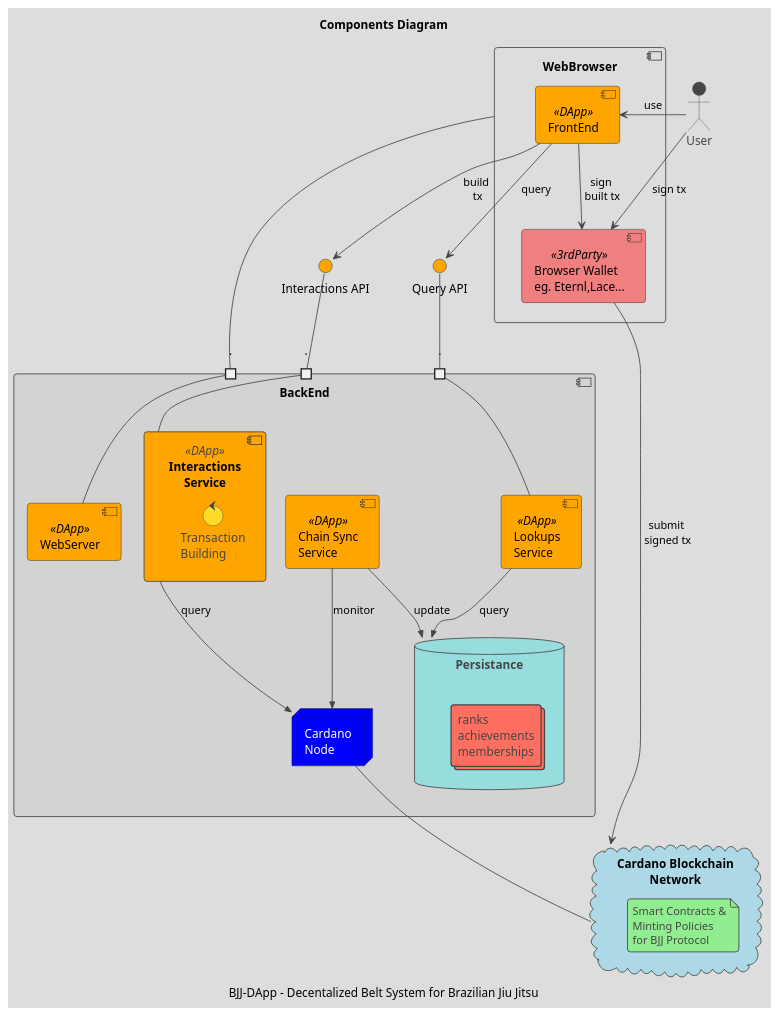
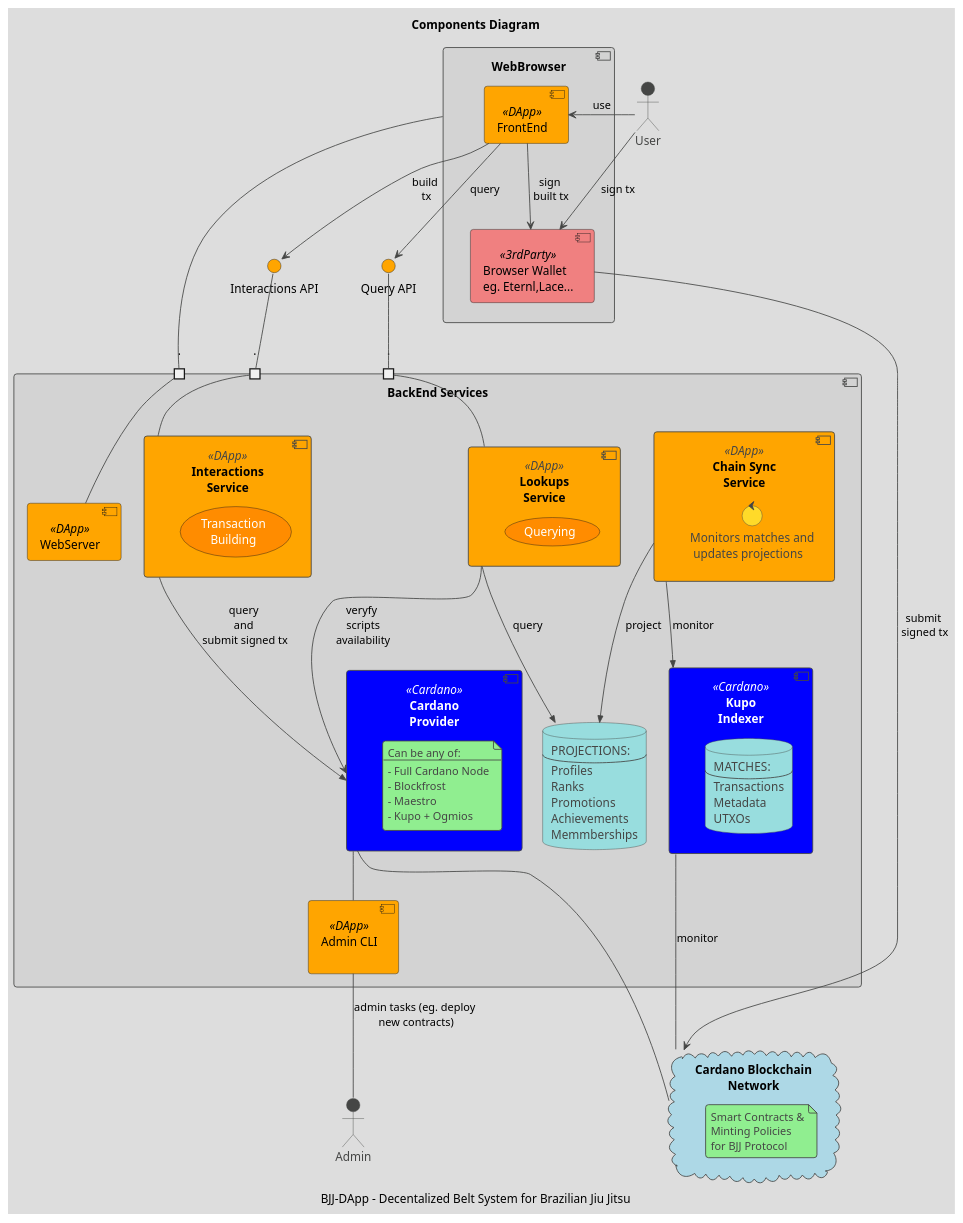
One commit to en7angled/Decentralized-Belt-System changed the diagram in puml/ComponentDiagram.puml. Above: the diagram before and after it, drawn with PlantUML. The commit also changed 8 other files, not shown here.

```diff
--- a/puml/ComponentDiagram.puml
+++ b/puml/ComponentDiagram.puml
@@ -1,96 +1,140 @@
-@startuml ComponentDiagram 
+@startuml ComponentDiagram
 !theme toy
 
 title "Components Diagram"
 caption: BJJ-DApp - Decentalized Belt System for Brazilian Jiu Jitsu
 
 
 skinparam interface {
     BackgroundColor Orange
 }
 
 skinparam component {
     BackgroundColor<<DApp>> Orange
     FontSize Black
 
     BackgroundColor<<3rdParty>> LightCoral
+    BackgroundColor<<Cardano>> Blue
+    FontColor<<Cardano>>  White
 }
+
 skinparam cloud {
     BackgroundColor LightBlue
 }
-skinparam node {
-    BackgroundColor Blue
+skinparam usecase {
+    BackgroundColor DarkOrange
     FontColor White
 }
 
 
 Actor User
+Actor Admin
 
-component WebBrowser {
+component WebBrowser #LightGray {
     component BrowserWallet as "Browser Wallet\neg. Eternl,Lace..." <<3rdParty>>
     component UI as "FrontEnd" <<DApp>>
 }
 
-component BackEnd #LightGray {
 
-    node CardanoNode  as "Cardano\nNode"
 
-    component WebServer <<DApp>> 
+
+
+component BackEnd  as "BackEnd Services"  #LightGray   {
+
+    component AdminCLI as "Admin CLI\n" <<DApp>>
+
+    component CardanoProvider <<Cardano>> as "Cardano\nProvider"  {
+
+        note as N
+        Can be any of:
+        ---
+        - Full Cardano Node
+        - Blockfrost
+        - Maestro
+        - Kupo + Ogmios
+        end note
+    }
+
+    component Kupo as "Kupo\nIndexer" <<Cardano>>  {
+        database KupoDB as "MATCHES:
+        --
+        Transactions
+        Metadata
+        UTXOs
+        "
+    }
+
+    component WebServer <<DApp>>
     component Interactions  <<DApp>> as "Interactions\nService" {
-        control TxBuilding as "Transaction\nBuilding"
+        usecase TxBuilding as "Transaction\nBuilding"
 
     }
-    component Lookups <<DApp>> as "Lookups\nService"
-    component ChainSync <<DApp>>  as "Chain Sync\nService"
-    database  LocalDB as "Persistance\n" {
-        collections c as "ranks\nachievements\nmemberships"
+    component Lookups <<DApp>> as "Lookups\nService" {
+        usecase Querying as "Querying"
     }
+    component ChainSync <<DApp>>  as "Chain Sync\nService"{
+        control Monitoring as "Monitors matches and\n updates projections"
+    }
+    database  LocalDB as "PROJECTIONS:
+    --
+    Profiles
+    Ranks
+    Promotions
+    Achievements
+    Memmberships
+    "
+
 
     portin webserverPort as "."
     portin interactionsPort as "."
     portin queryPort as "."
 
-    Interactions -->> CardanoNode : query
-    ChainSync -->> LocalDB : update
-    ChainSync -->> CardanoNode : monitor
-    Lookups -->> LocalDB : query
-
+    WebServer - webserverPort
     Interactions - interactionsPort
     Lookups - queryPort
-    WebServer - webserverPort
+
+    Interactions -->> CardanoProvider : query\n and \n submit signed tx
+    Lookups --> CardanoProvider : veryfy\n scripts\n availability
+
+    ChainSync -->> LocalDB : project
+    Lookups -->> LocalDB : query
+    ChainSync -->> Kupo : monitor
+
+
 
 }
 interface InteractionsAPI as "Interactions API"
 interface QueryAPI as "Query API"
 interactionsPort -up- InteractionsAPI
 queryPort -up- QueryAPI
 
 
-
-'  component WebServer as "WebServer\nStatic Content"
-
-
-
- 
 
 cloud BlockchainNetwork as "Cardano Blockchain\nNetwork" {
     note as SmarContracts
     Smart Contracts &
     Minting Policies
     for BJJ Protocol
     end note
 }
 
 
 User -> UI : use
 WebBrowser - webserverPort
 UI --> InteractionsAPI : build\n tx
 UI --> QueryAPI : query
 
 UI -down-> BrowserWallet : "sign\n built tx"
 User -> BrowserWallet : "sign tx"
 BrowserWallet --> BlockchainNetwork : "submit\n signed tx"
- 
-CardanoNode -- BlockchainNetwork
+
+
+Kupo --- BlockchainNetwork : monitor
+
+CardanoProvider -- BlockchainNetwork
+
+AdminCLI -up- CardanoProvider
+
+Admin -up- AdminCLI : admin tasks (eg. deploy\n new contracts)
 
 @enduml
```
